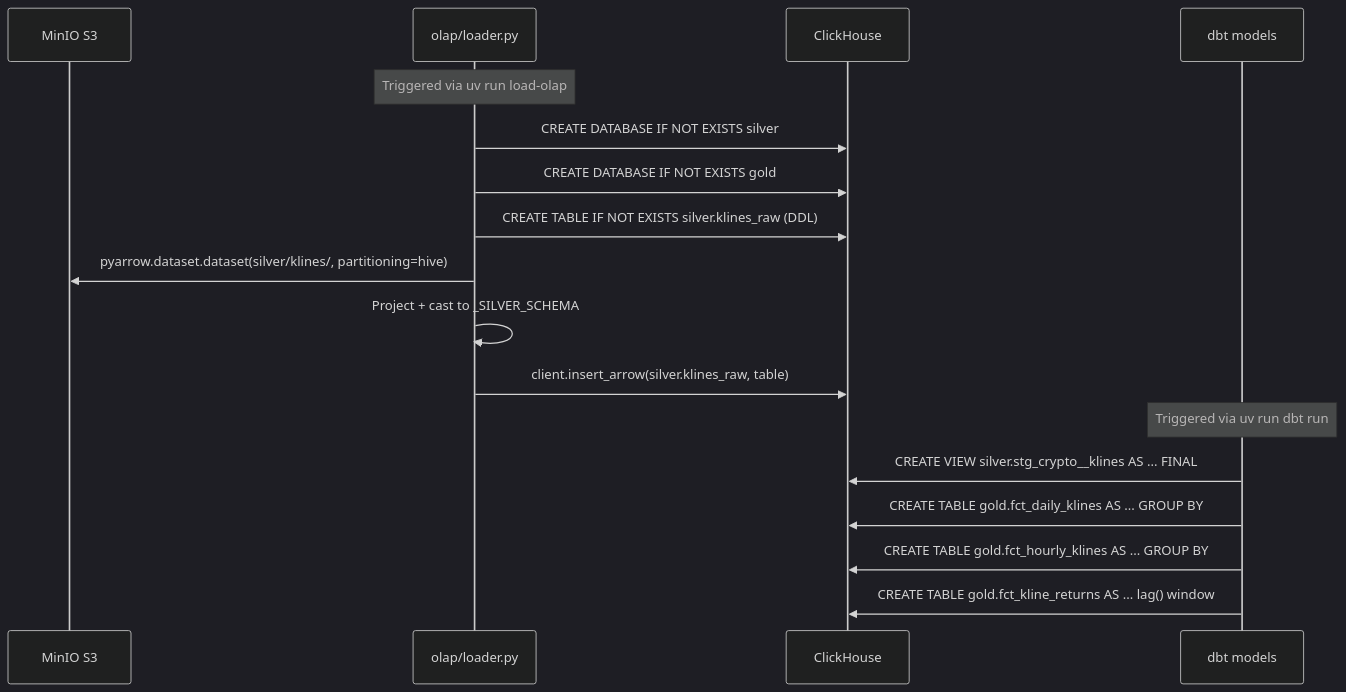
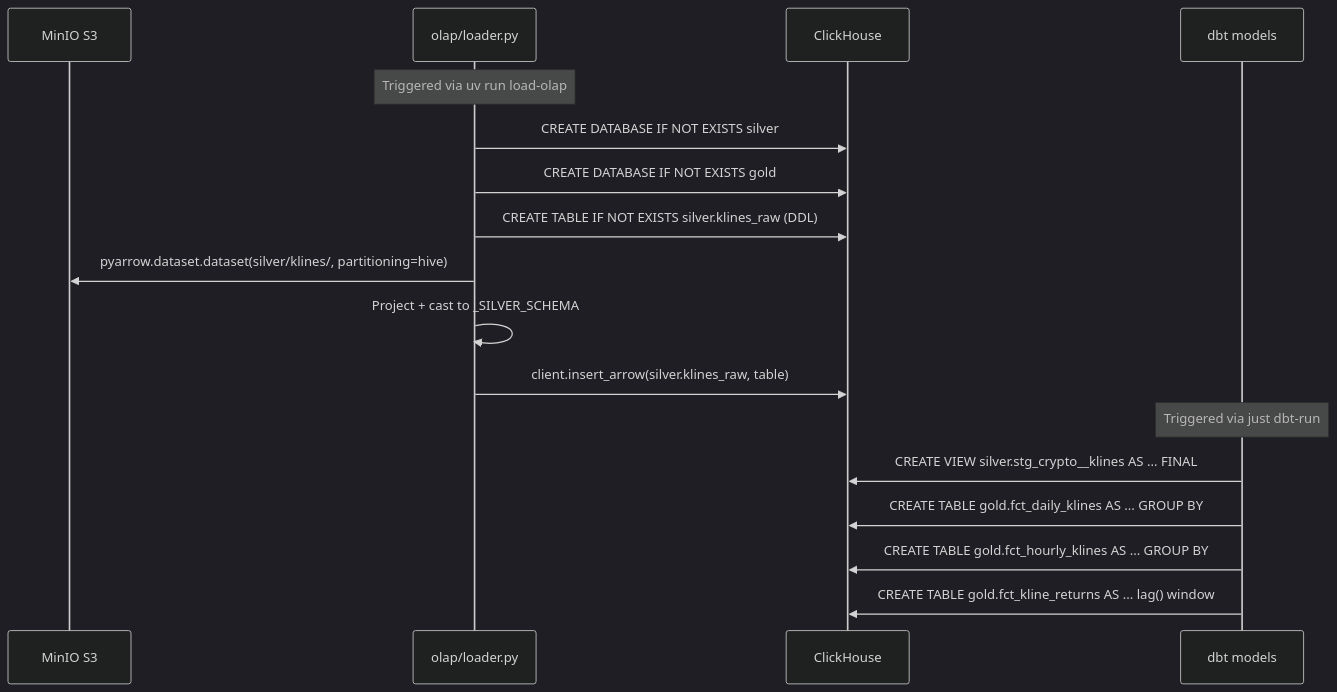
The third of 4 diagrams in docs/architecture/data-flow.md (weecici/project-x), drawn with Mermaid (dark theme) before and after one commit. The commit also changed 8 other files, not shown here.

````diff
--- a/docs/architecture/data-flow.md
+++ b/docs/architecture/data-flow.md
@@ -104,24 +104,24 @@
 ```mermaid
 sequenceDiagram
     participant MinIO as MinIO S3
     participant Loader as olap/loader.py
     participant CH as ClickHouse
     participant dbt as dbt models
 
     Note over Loader: Triggered via uv run load-olap
 
     Loader->>CH: CREATE DATABASE IF NOT EXISTS silver
     Loader->>CH: CREATE DATABASE IF NOT EXISTS gold
     Loader->>CH: CREATE TABLE IF NOT EXISTS silver.klines_raw (DDL)
 
     Loader->>MinIO: pyarrow.dataset.dataset(silver/klines/, partitioning=hive)
     Loader->>Loader: Project + cast to _SILVER_SCHEMA
     Loader->>CH: client.insert_arrow(silver.klines_raw, table)
 
-    Note over dbt: Triggered via uv run dbt run
+    Note over dbt: Triggered via just dbt-run
 
     dbt->>CH: CREATE VIEW silver.stg_crypto__klines AS ... FINAL
     dbt->>CH: CREATE TABLE gold.fct_daily_klines AS ... GROUP BY
     dbt->>CH: CREATE TABLE gold.fct_hourly_klines AS ... GROUP BY
     dbt->>CH: CREATE TABLE gold.fct_kline_returns AS ... lag() window
 ```
````
